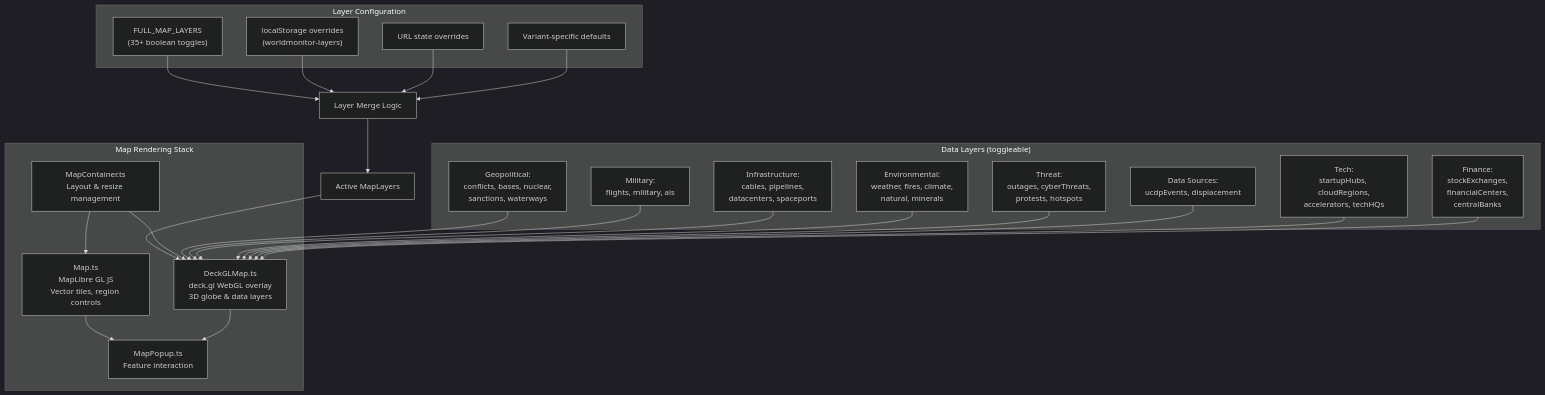
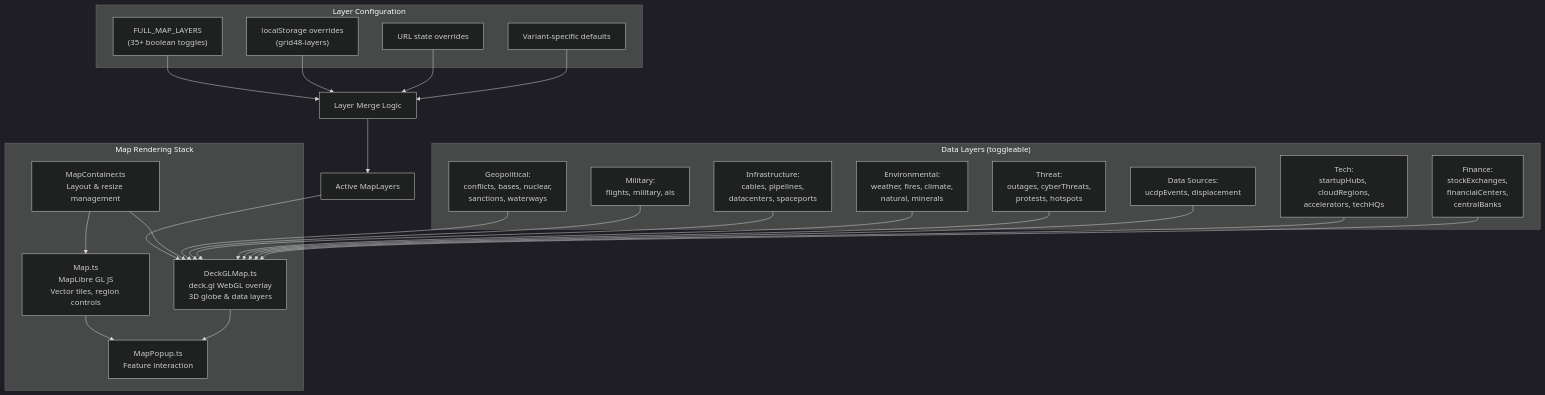
The fifth of 9 diagrams in grid48-main/docs/Docs_To_Review/ARCHITECTURE.md (Dobrador01/Grid-48), drawn with Mermaid (dark theme) before and after one commit. The commit also changed other lines of this file and 256 other files, not shown here.

````diff
--- a/grid48-main/docs/Docs_To_Review/ARCHITECTURE.md
+++ b/grid48-main/docs/Docs_To_Review/ARCHITECTURE.md
@@ -408,48 +408,48 @@
 ```mermaid
 graph TD
     subgraph MapStack["Map Rendering Stack"]
         Container["MapContainer.ts<br/>Layout & resize management"]
         BaseMap["Map.ts<br/>MapLibre GL JS<br/>Vector tiles, region controls"]
         DeckGL["DeckGLMap.ts<br/>deck.gl WebGL overlay<br/>3D globe & data layers"]
         Popup["MapPopup.ts<br/>Feature interaction"]
     end
 
     subgraph LayerConfig["Layer Configuration"]
         Defaults["FULL_MAP_LAYERS<br/>(35+ boolean toggles)"]
-        UserPref["localStorage overrides<br/>(worldmonitor-layers)"]
+        UserPref["localStorage overrides<br/>(grid48-layers)"]
         URLState["URL state overrides"]
         Variant["Variant-specific defaults"]
     end
 
     subgraph DataLayers["Data Layers (toggleable)"]
         Geo["Geopolitical:<br/>conflicts, bases, nuclear,<br/>sanctions, waterways"]
         Military["Military:<br/>flights, military, ais"]
         Infra["Infrastructure:<br/>cables, pipelines,<br/>datacenters, spaceports"]
         Environmental["Environmental:<br/>weather, fires, climate,<br/>natural, minerals"]
         Threat["Threat:<br/>outages, cyberThreats,<br/>protests, hotspots"]
         Data["Data Sources:<br/>ucdpEvents, displacement"]
         TechLayers["Tech:<br/>startupHubs, cloudRegions,<br/>accelerators, techHQs"]
         FinanceLayers["Finance:<br/>stockExchanges,<br/>financialCenters,<br/>centralBanks"]
     end
 
     Defaults --> Merge["Layer Merge Logic"]
     UserPref --> Merge
     URLState --> Merge
     Variant --> Merge
     Merge --> ActiveLayers["Active MapLayers"]
 
     ActiveLayers --> DeckGL
     Container --> BaseMap
     Container --> DeckGL
     BaseMap --> Popup
     DeckGL --> Popup
 
     Geo --> DeckGL
     Military --> DeckGL
     Infra --> DeckGL
     Environmental --> DeckGL
     Threat --> DeckGL
     Data --> DeckGL
     TechLayers --> DeckGL
     FinanceLayers --> DeckGL
 ```
````
